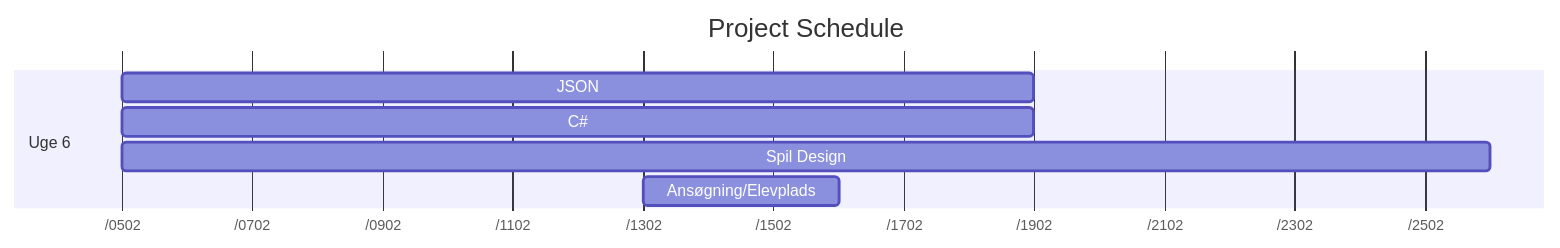
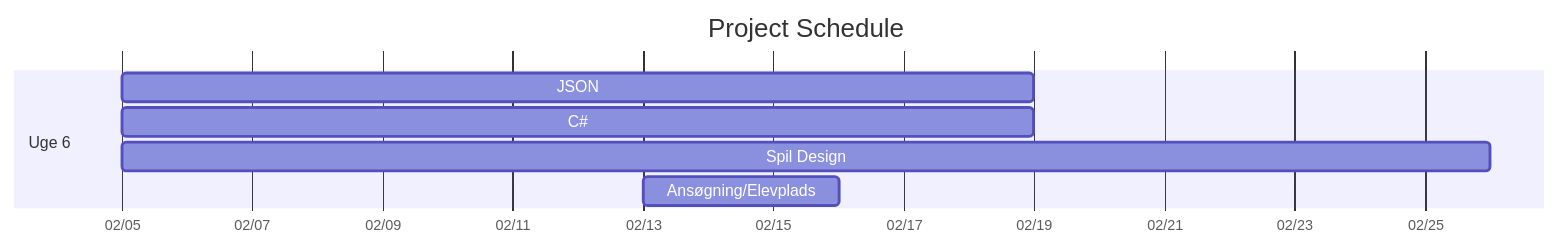
One commit to Napow-git/TEC-P1 changed the diagram in README.md. Above: the diagram before and after it, drawn with Mermaid.

````diff
--- a/README.md
+++ b/README.md
@@ -3,25 +3,25 @@
 ```mermaid
 
 gantt
 
     title Project Schedule
 
     dateFormat DD-MM-YYYY
 
-    axisFormat /%d%m
+    axisFormat %m/%d
 
  
 
     section Uge 6
 
     JSON : 05-02-2024, 14d
 
     C#: 05-02-2024, 14d
 
     Spil Design: 05-02-2024, 21d
 
     Ansøgning/Elevplads: 13-02-2024, 3d
 
  
 
 ```
````
